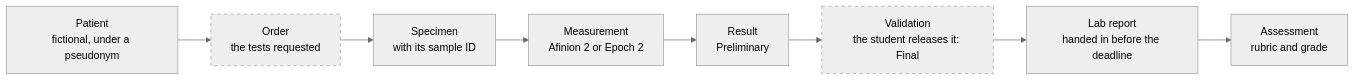
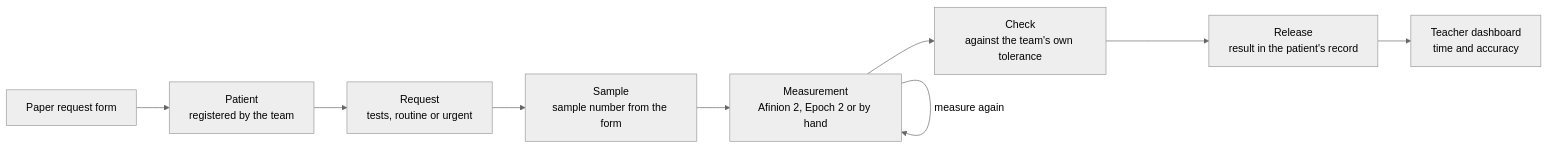
One commit to Vernum-Projecten/eduLIMS changed the first of 5 diagrams in docs/lims-workflow.md. Above: the diagram before and after it, drawn with Mermaid (neutral theme). The commit also changed other lines of this file and 64 other files, not shown here.

````diff
--- a/docs/lims-workflow.md
+++ b/docs/lims-workflow.md
@@ -22,13 +19,11 @@
 ```mermaid
 flowchart LR
-    P[Patient<br/>fictional, under a pseudonym] --> O[Order<br/>the tests requested]
-    O --> S[Specimen<br/>with its sample ID]
-    S --> M[Measurement<br/>Afinion 2 or Epoch 2]
-    M --> R[Result<br/>Preliminary]
-    R --> V[Validation<br/>the student releases it: Final]
-    V --> L[Lab report<br/>handed in before the deadline]
-    L --> G[Assessment<br/>rubric and grade]
-
-    classDef optional stroke-dasharray: 5 5
-    class O,V optional
+    F[Paper request form] --> P[Patient<br/>registered by the team]
+    P --> Q[Request<br/>tests, routine or urgent]
+    Q --> S[Sample<br/>sample number from the form]
+    S --> M[Measurement<br/>Afinion 2, Epoch 2 or by hand]
+    M -->|measure again| M
+    M --> C[Check<br/>against the team's own tolerance]
+    C --> R[Release<br/>result in the patient's record]
+    R --> D[Teacher dashboard<br/>time and accuracy]
 ```
````
